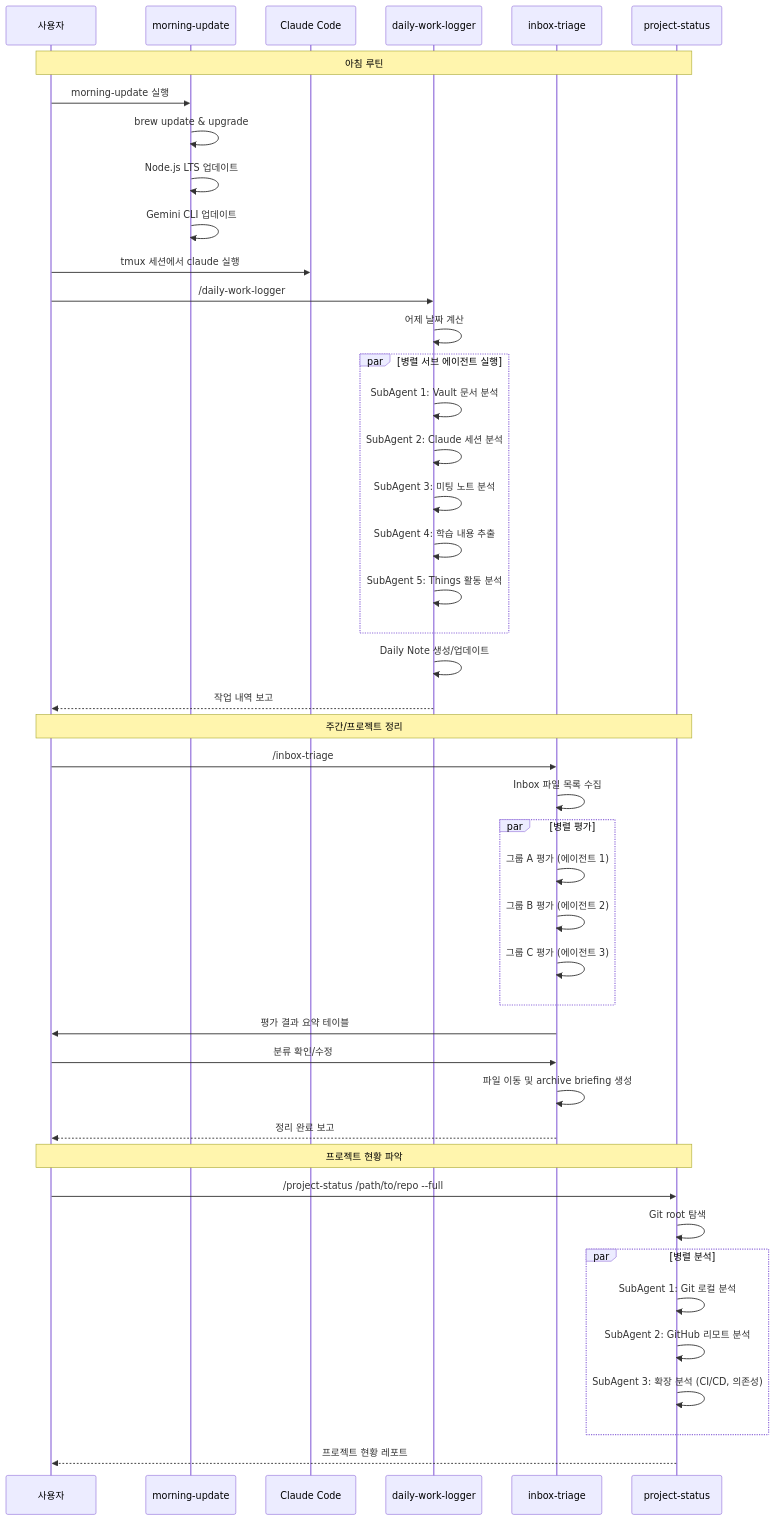
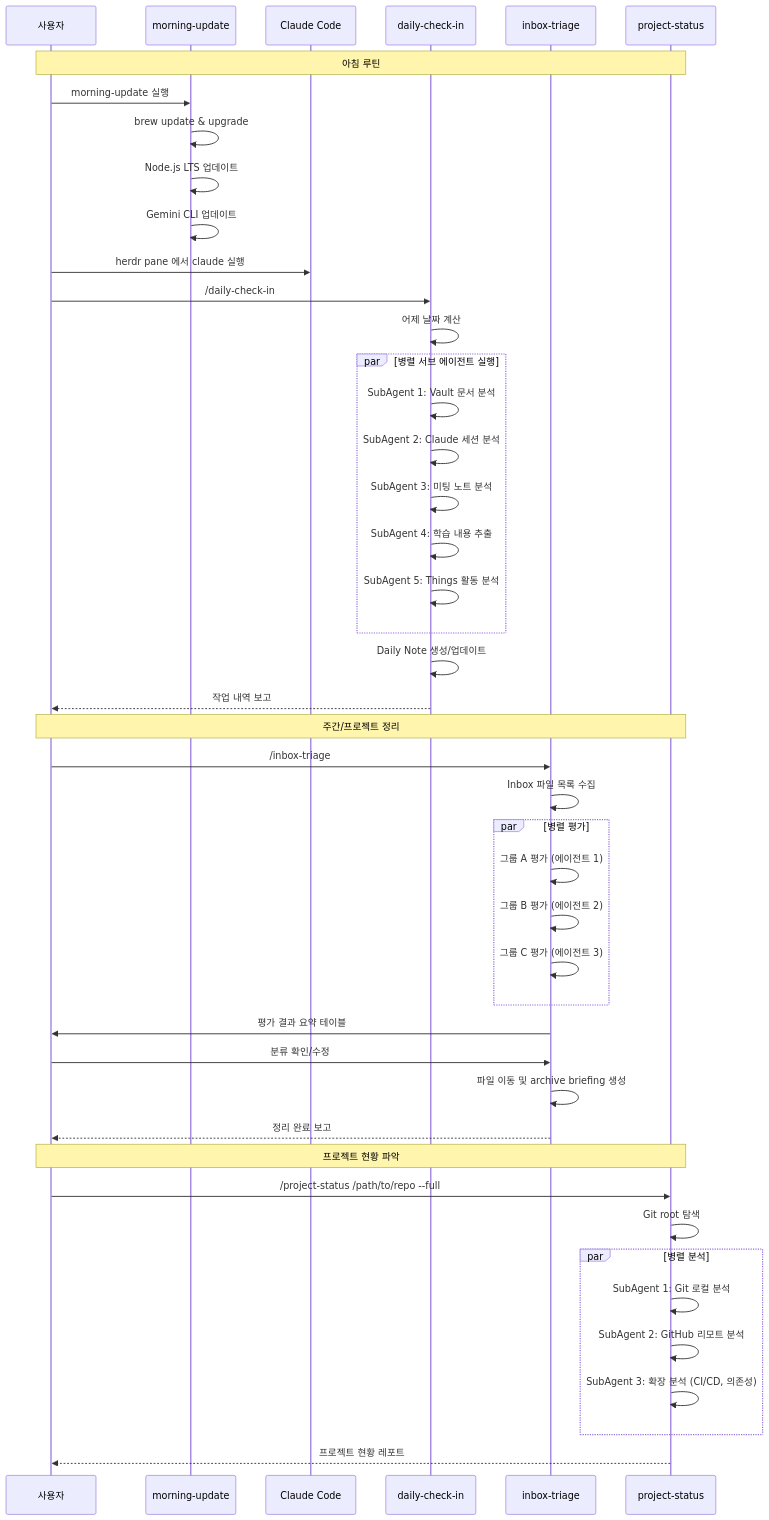
One commit to chan99k/dotfiles changed the second of 4 diagrams in .claude/WORKFLOWS.md. Above: the diagram before and after it, drawn with Mermaid. The commit also changed other lines of this file and 13 other files, not shown here.

First line of the commit message:
chore: herdr 로 옮겨서 tmux 설정과 스크립트를 걷어낸다

````diff
--- a/.claude/WORKFLOWS.md
+++ b/.claude/WORKFLOWS.md
@@ -41,51 +41,51 @@
 ```mermaid
 sequenceDiagram
     participant U as 사용자
     participant MU as morning-update
     participant C as Claude Code
-    participant DWL as daily-work-logger
+    participant DWL as daily-check-in
     participant IT as inbox-triage
     participant PS as project-status
 
     Note over U,PS: 아침 루틴
     U->>MU: morning-update 실행
     MU->>MU: brew update & upgrade
     MU->>MU: Node.js LTS 업데이트
     MU->>MU: Gemini CLI 업데이트
 
-    U->>C: tmux 세션에서 claude 실행
-    U->>DWL: /daily-work-logger
+    U->>C: herdr pane 에서 claude 실행
+    U->>DWL: /daily-check-in
     DWL->>DWL: 어제 날짜 계산
     par 병렬 서브 에이전트 실행
         DWL->>DWL: SubAgent 1: Vault 문서 분석
         DWL->>DWL: SubAgent 2: Claude 세션 분석
         DWL->>DWL: SubAgent 3: 미팅 노트 분석
         DWL->>DWL: SubAgent 4: 학습 내용 추출
         DWL->>DWL: SubAgent 5: Things 활동 분석
     end
     DWL->>DWL: Daily Note 생성/업데이트
     DWL-->>U: 작업 내역 보고
 
     Note over U,PS: 주간/프로젝트 정리
     U->>IT: /inbox-triage
     IT->>IT: Inbox 파일 목록 수집
     par 병렬 평가
         IT->>IT: 그룹 A 평가 (에이전트 1)
         IT->>IT: 그룹 B 평가 (에이전트 2)
         IT->>IT: 그룹 C 평가 (에이전트 3)
     end
     IT->>U: 평가 결과 요약 테이블
     U->>IT: 분류 확인/수정
     IT->>IT: 파일 이동 및 archive briefing 생성
     IT-->>U: 정리 완료 보고
 
     Note over U,PS: 프로젝트 현황 파악
     U->>PS: /project-status /path/to/repo --full
     PS->>PS: Git root 탐색
     par 병렬 분석
         PS->>PS: SubAgent 1: Git 로컬 분석
         PS->>PS: SubAgent 2: GitHub 리모트 분석
         PS->>PS: SubAgent 3: 확장 분석 (CI/CD, 의존성)
     end
     PS-->>U: 프로젝트 현황 레포트
 ```
````
